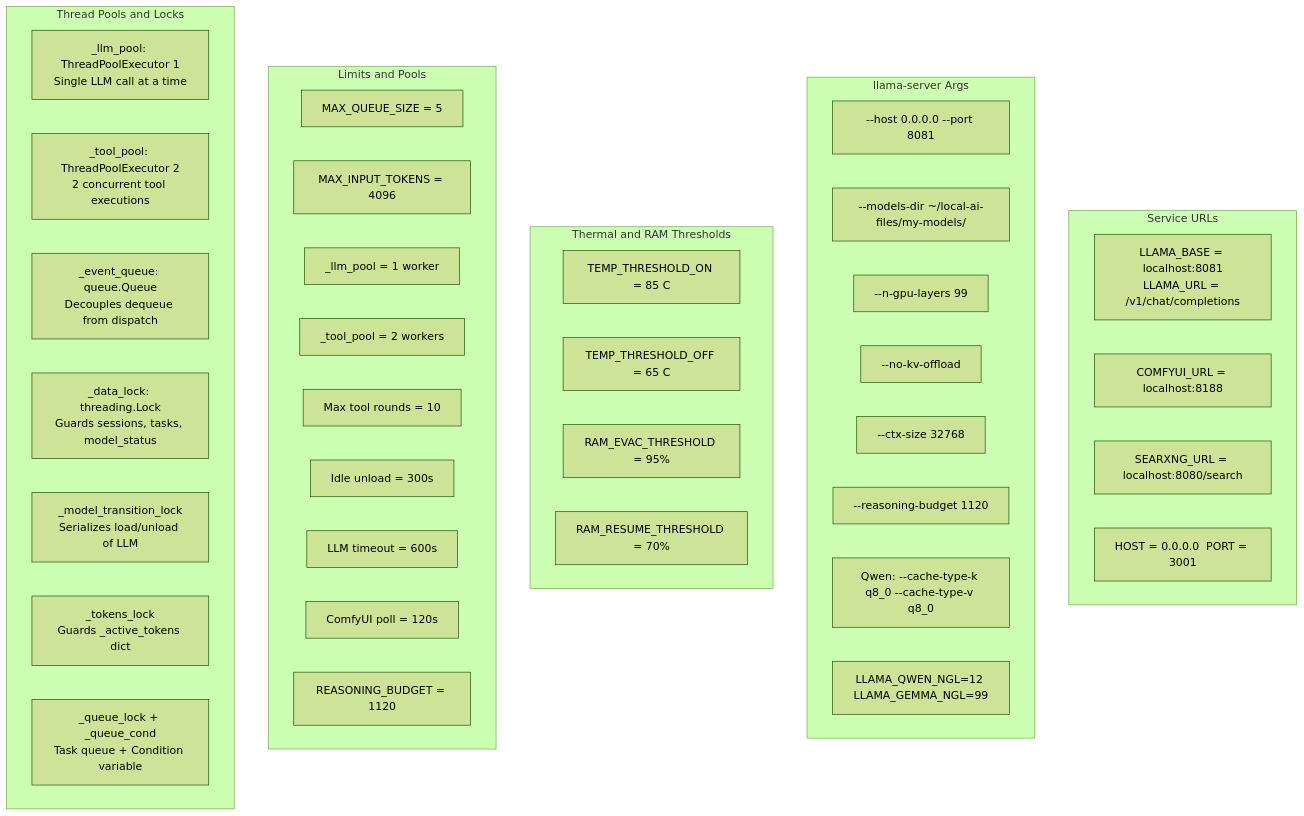
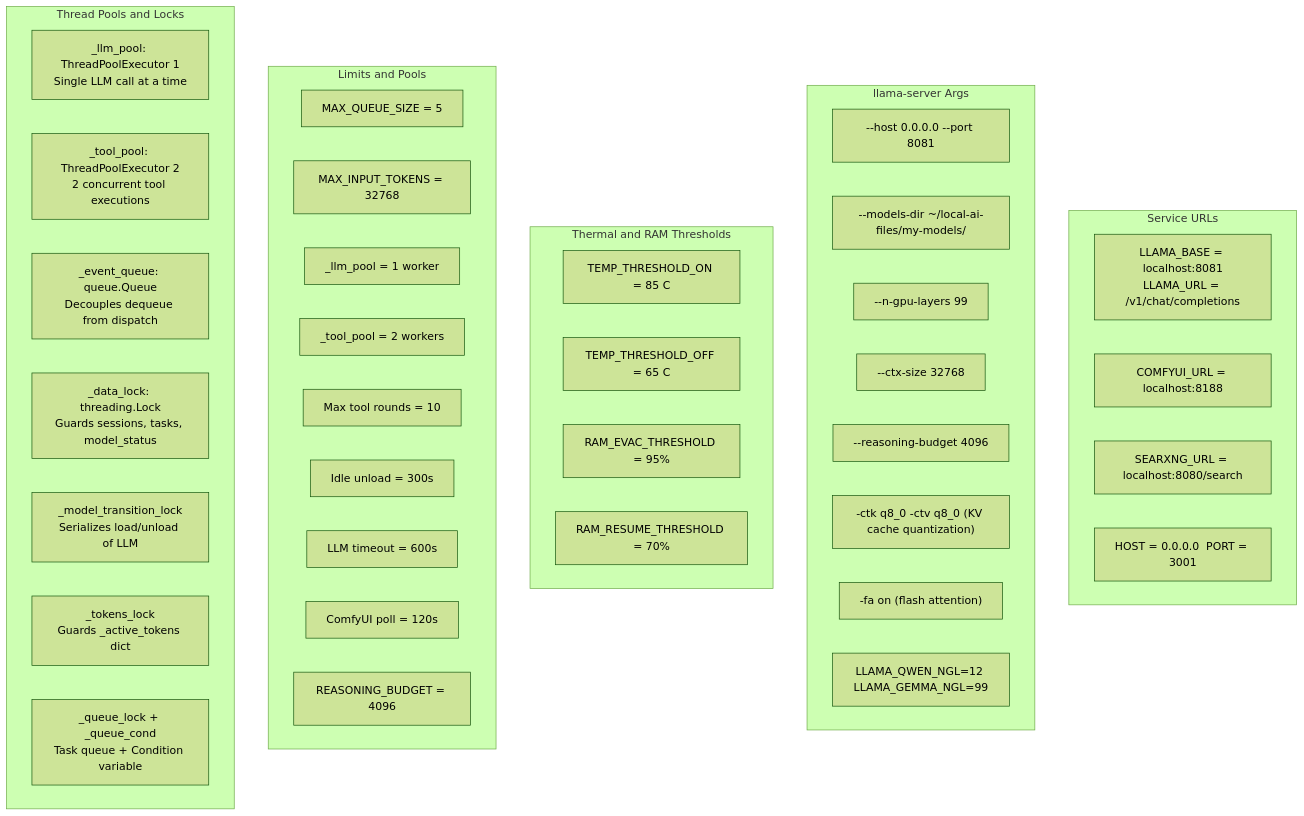
One commit to Palash90/local-ai changed the third of 12 diagrams in README.md. Above: the diagram before and after it, drawn with Mermaid (forest theme). The commit also changed other lines of this file and 3 other files, not shown here.

````diff
--- a/README.md
+++ b/README.md
@@ -108,49 +187,49 @@
 ```mermaid
 graph TD
     subgraph RCNetwork ["Service URLs"]
         RC1["LLAMA_BASE = localhost:8081\nLLAMA_URL = /v1/chat/completions"]
         RC2["COMFYUI_URL = localhost:8188"]
         RC3["SEARXNG_URL = localhost:8080/search"]
         RC4["HOST = 0.0.0.0  PORT = 3001"]
     end
 
     subgraph RCLlama ["llama-server Args"]
         RCL1["--host 0.0.0.0 --port 8081"]
         RCL2["--models-dir ~/local-ai-files/my-models/"]
         RCL3["--n-gpu-layers 99"]
-        RCL4["--no-kv-offload"]
-        RCL5["--ctx-size 32768"]
-        RCL6["--reasoning-budget 1120"]
-        RCL7["Qwen: --cache-type-k q8_0 --cache-type-v q8_0"]
+        RCL4["--ctx-size 32768"]
+        RCL5["--reasoning-budget 4096"]
+        RCL6["-ctk q8_0 -ctv q8_0 (KV cache quantization)"]
+        RCL7["-fa on (flash attention)"]
         RCL8["LLAMA_QWEN_NGL=12 LLAMA_GEMMA_NGL=99"]
     end
 
     subgraph RCThermal ["Thermal and RAM Thresholds"]
         RT1["TEMP_THRESHOLD_ON = 85 C"]
         RT2["TEMP_THRESHOLD_OFF = 65 C"]
         RT3["RAM_EVAC_THRESHOLD = 95%"]
         RT4["RAM_RESUME_THRESHOLD = 70%"]
     end
 
     subgraph RCLimits ["Limits and Pools"]
         RL1["MAX_QUEUE_SIZE = 5"]
-        RL2["MAX_INPUT_TOKENS = 4096"]
+        RL2["MAX_INPUT_TOKENS = 32768"]
         RL3["_llm_pool = 1 worker"]
         RL4["_tool_pool = 2 workers"]
         RL5["Max tool rounds = 10"]
         RL6["Idle unload = 300s"]
         RL7["LLM timeout = 600s"]
         RL8["ComfyUI poll = 120s"]
-        RL9["REASONING_BUDGET = 1120"]
+        RL9["REASONING_BUDGET = 4096"]
     end
 
     subgraph RCThreads ["Thread Pools and Locks"]
         LK1["_llm_pool: ThreadPoolExecutor 1\nSingle LLM call at a time"]
         LK2["_tool_pool: ThreadPoolExecutor 2\n2 concurrent tool executions"]
         LK3["_event_queue: queue.Queue\nDecouples dequeue from dispatch"]
         LK4["_data_lock: threading.Lock\nGuards sessions, tasks, model_status"]
         LK5["_model_transition_lock\nSerializes load/unload of LLM"]
         LK6["_tokens_lock\nGuards _active_tokens dict"]
         LK7["_queue_lock + _queue_cond\nTask queue + Condition variable"]
     end
 ```
````
